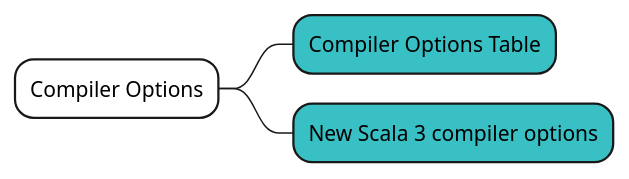
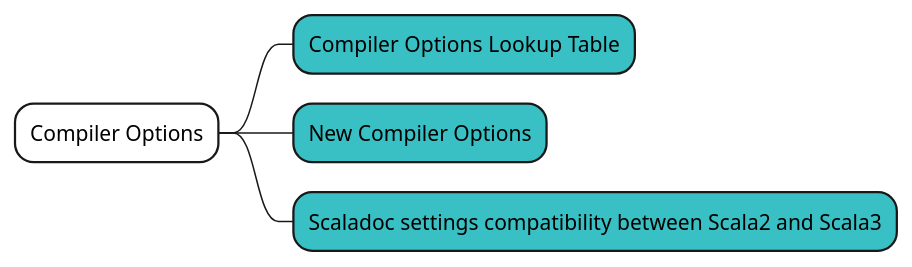
The eighth of 10 diagrams in docs/step01/04_Migration_guideを俯瞰してみる.md (shinharad/getting-started-with-scala3), drawn with PlantUML before and after one commit. The commit also changed other lines of this file and 3 other files, not shown here.

````diff
--- a/docs/step01/04_Migration_guideを俯瞰してみる.md
+++ b/docs/step01/04_Migration_guideを俯瞰してみる.md
@@ -101,7 +125,8 @@
 ```plantuml
 @startmindmap
 *[#fff] Compiler Options
-**[#38c0c4] Compiler Options Table
-**[#38c0c4] New Scala 3 compiler options
+**[#38c0c4] Compiler Options Lookup Table
+**[#38c0c4] New Compiler Options
+**[#38c0c4] Scaladoc settings compatibility between Scala2 and Scala3
 @endmindmap
 ```
````
